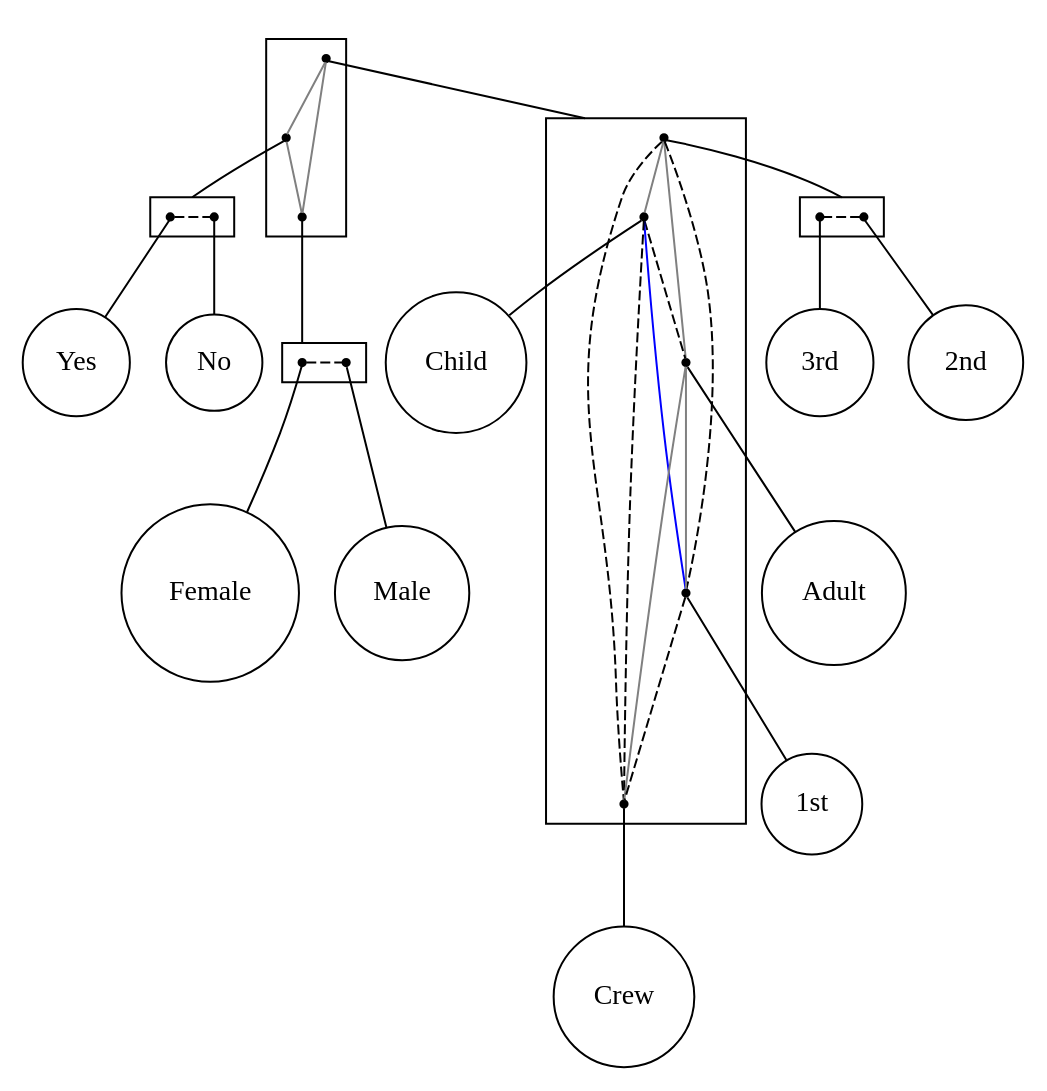
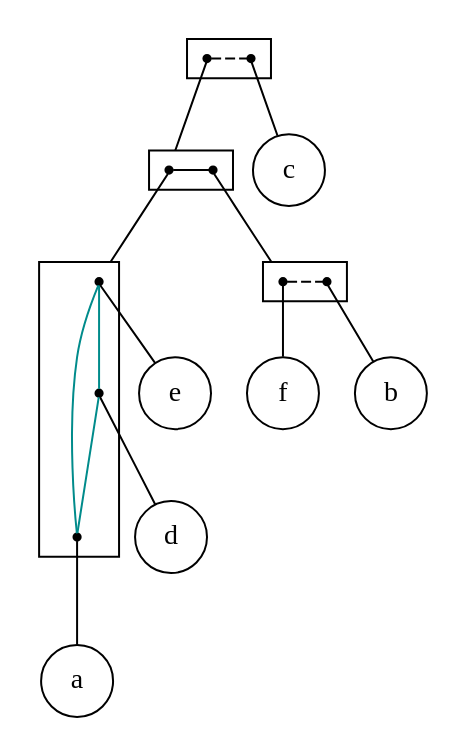
The diagram in src/extension/linear_2-structure.dot (lrodrin/TFG), drawn with Graphviz before and after one commit. The commit also changed 6 other files, not shown here.

```diff
--- a/src/extension/linear_2-structure.dot
+++ b/src/extension/linear_2-structure.dot
@@ -1,70 +1,47 @@
 strict digraph "linear_2-structure" {
 compound=true;
 fontname=Verdana;
 fontsize=12;
 newrank=true;
 node [shape=circle];
-Child;
-Adult;
-"1st";
-Crew;
-"2nd";
-"3rd";
-Female;
-Male;
-Yes;
-No;
-subgraph cluster_3rdCrewChild2nd1stFemaleNoAdultYesMale {
+c;
+e;
+d;
+a;
+f;
+b;
+subgraph cluster_acebdf {
+rank=same;
 node [shape=point];
-s_2nd1stAdult3rdCrewChild -> s_YesNo  [arrowhead=none, color=grey, style=solid];
-s_2nd1stAdult3rdCrewChild -> s_MaleFemale  [arrowhead=none, color=grey, style=solid];
-s_YesNo -> s_MaleFemale  [arrowhead=none, color=grey, style=solid];
+s_aebdf -> s_c  [color=black, style=dashed, arrowhead=none];
 }
 
-subgraph cluster_2nd1stAdult3rdCrewChild {
+subgraph cluster_aebdf {
+rank=same;
 node [shape=point];
-s_2nd3rd -> s_Child  [arrowhead=none, color=grey, style=solid];
-s_2nd3rd -> s_Adult  [arrowhead=none, color=grey, style=solid];
-s_2nd3rd -> s_1st  [arrowhead=none, color=black, style=dashed];
-s_2nd3rd -> s_Crew  [arrowhead=none, color=black, style=dashed];
-s_Child -> s_Adult  [arrowhead=none, color=black, style=dashed];
-s_Child -> s_1st  [arrowhead=none, color=blue, style=solid];
-s_Child -> s_Crew  [arrowhead=none, color=black, style=dashed];
-s_Adult -> s_1st  [arrowhead=none, color=grey, style=solid];
-s_Adult -> s_Crew  [arrowhead=none, color=grey, style=solid];
-s_1st -> s_Crew  [arrowhead=none, color=black, style=dashed];
+s_eda -> s_bf  [color=black, style=solid, arrowhead=none];
 }
 
-subgraph cluster_2nd3rd {
+subgraph cluster_eda {
+node [shape=point];
+s_e -> s_d  [color=cyan4, style=solid, arrowhead=none];
+s_e -> s_a  [color=cyan4, style=solid, arrowhead=none];
+s_d -> s_a  [color=cyan4, style=solid, arrowhead=none];
+}
+
+subgraph cluster_bf {
 rank=same;
 node [shape=point];
-s_2nd -> s_3rd  [arrowhead=none, color=black, style=dashed];
+s_f -> s_b  [color=black, style=dashed, arrowhead=none];
 }
 
-subgraph cluster_MaleFemale {
-rank=same;
-node [shape=point];
-s_Female -> s_Male  [arrowhead=none, color=black, style=dashed];
+s_aebdf -> s_eda  [lhead=cluster_aebdf, arrowhead=none];
+s_c -> c  [arrowhead=none];
+s_eda -> s_e  [lhead=cluster_eda, arrowhead=none];
+s_bf -> s_f  [lhead=cluster_bf, arrowhead=none];
+s_e -> e  [arrowhead=none];
+s_d -> d  [arrowhead=none];
+s_a -> a  [arrowhead=none];
+s_f -> f  [arrowhead=none];
+s_b -> b  [arrowhead=none];
 }
-
-subgraph cluster_YesNo {
-rank=same;
-node [shape=point];
-s_Yes -> s_No  [arrowhead=none, color=black, style=dashed];
-}
-
-s_2nd1stAdult3rdCrewChild -> s_2nd3rd  [arrowhead=none, lhead=cluster_2nd1stAdult3rdCrewChild];
-s_YesNo -> s_Yes  [arrowhead=none, lhead=cluster_YesNo];
-s_MaleFemale -> s_Female  [arrowhead=none, lhead=cluster_MaleFemale];
-s_2nd3rd -> s_2nd  [arrowhead=none, lhead=cluster_2nd3rd];
-s_Child -> Child  [arrowhead=none];
-s_Adult -> Adult  [arrowhead=none];
-s_1st -> "1st"  [arrowhead=none];
-s_Crew -> Crew  [arrowhead=none];
-s_2nd -> "2nd"  [arrowhead=none];
-s_3rd -> "3rd"  [arrowhead=none];
-s_Female -> Female  [arrowhead=none];
-s_Male -> Male  [arrowhead=none];
-s_Yes -> Yes  [arrowhead=none];
-s_No -> No  [arrowhead=none];
-}
```
